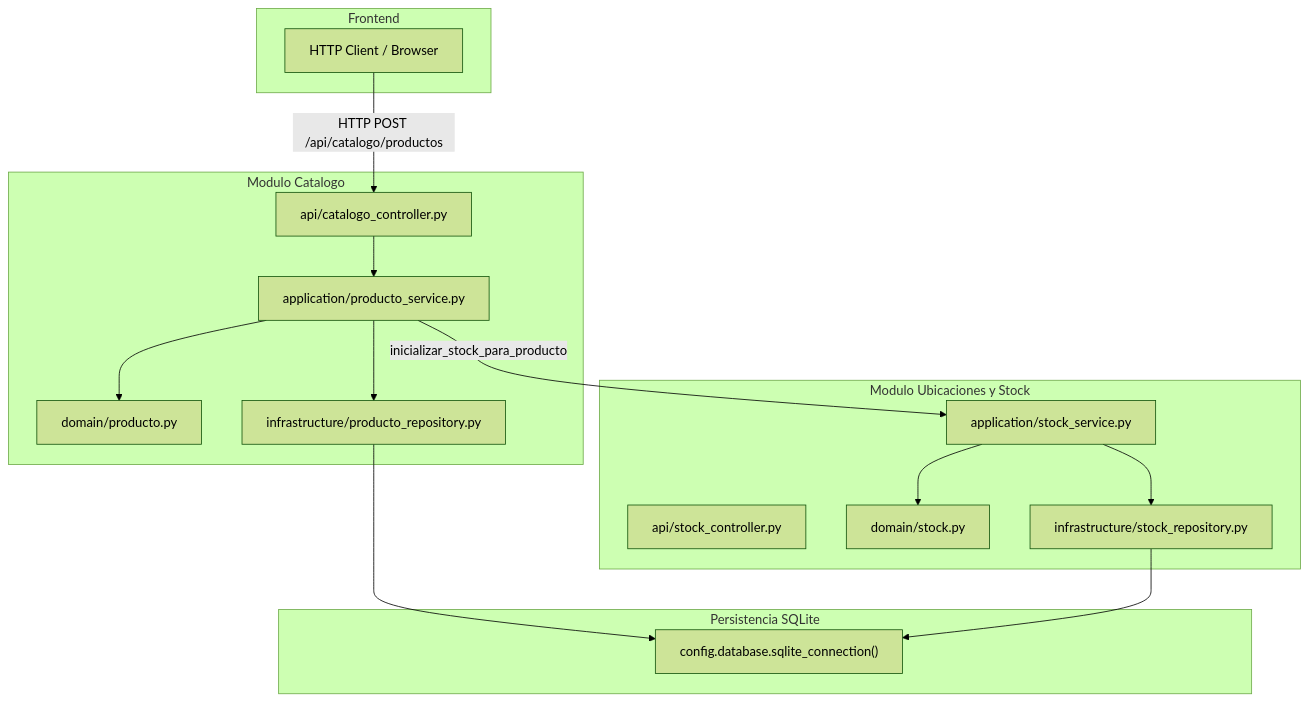
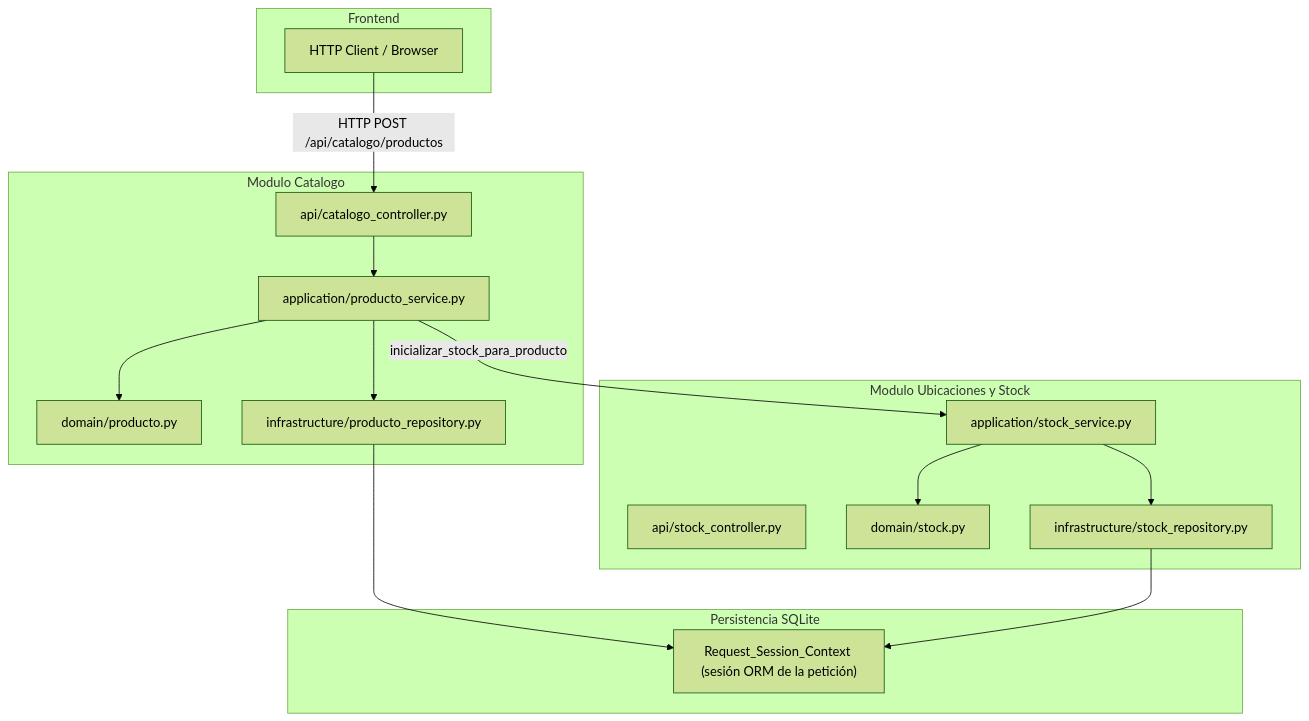
One commit to Manuel-Cavina/TP-DAO changed the second of 4 diagrams in docs/specs/integrante_1_catalogo_stock.md. Above: the diagram before and after it, drawn with Mermaid (forest theme). The commit also changed other lines of this file and 8 other files, not shown here.

````diff
--- a/docs/specs/integrante_1_catalogo_stock.md
+++ b/docs/specs/integrante_1_catalogo_stock.md
@@ -205,34 +204,34 @@
 ```mermaid
 flowchart TD
     subgraph UI["Frontend"]
         Client["HTTP Client / Browser"]
     end
 
     subgraph Modulo_Catalogo["Modulo Catalogo"]
         API_Cat["api/catalogo_controller.py"]
         App_Cat["application/producto_service.py"]
         Dom_Cat["domain/producto.py"]
         Repo_Cat["infrastructure/producto_repository.py"]
     end
 
     subgraph Modulo_Stock["Modulo Ubicaciones y Stock"]
         API_Stock["api/stock_controller.py"]
         App_Stock["application/stock_service.py"]
         Dom_Stock["domain/stock.py"]
         Repo_Stock["infrastructure/stock_repository.py"]
     end
 
     subgraph DB["Persistencia SQLite"]
-        SqliteConn["config.database.sqlite_connection()"]
+        SqliteConn["Request_Session_Context (sesión ORM de la petición)"]
     end
 
     Client -->|HTTP POST /api/catalogo/productos| API_Cat
     API_Cat --> App_Cat
     App_Cat --> Dom_Cat
     App_Cat --> Repo_Cat
     App_Cat -->|inicializar_stock_para_producto| App_Stock
     App_Stock --> Dom_Stock
     App_Stock --> Repo_Stock
     Repo_Cat --> SqliteConn
     Repo_Stock --> SqliteConn
 ```
````
